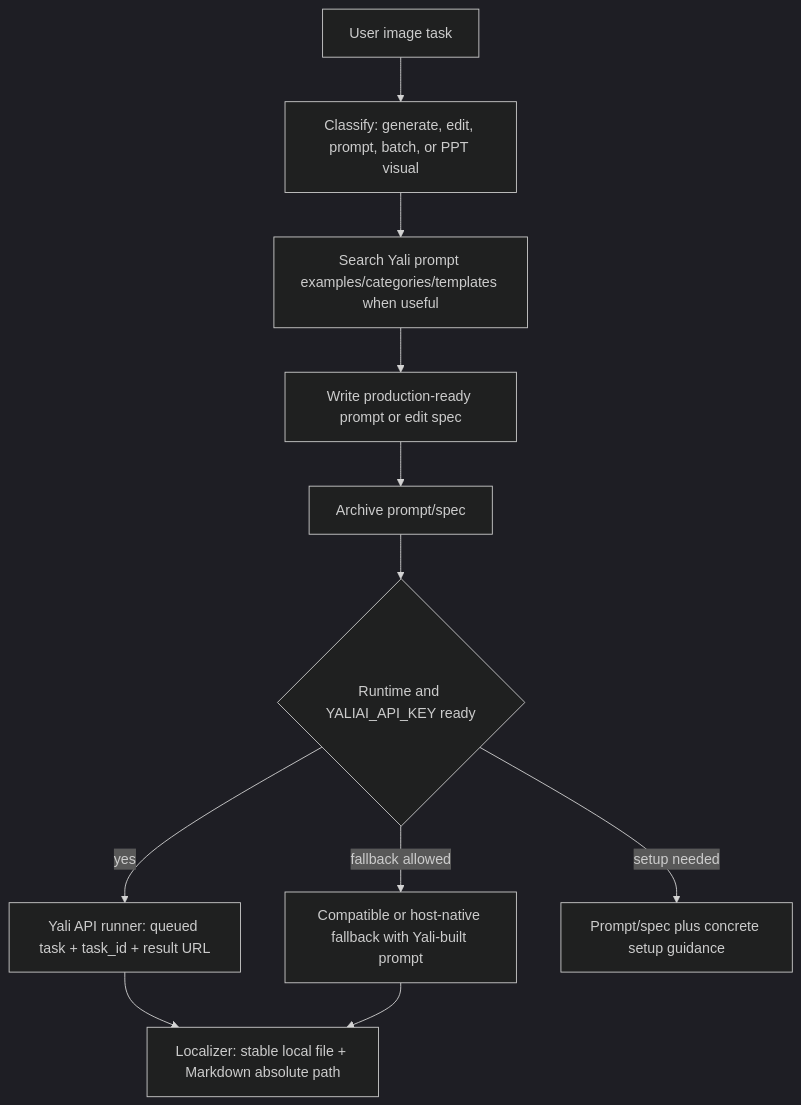
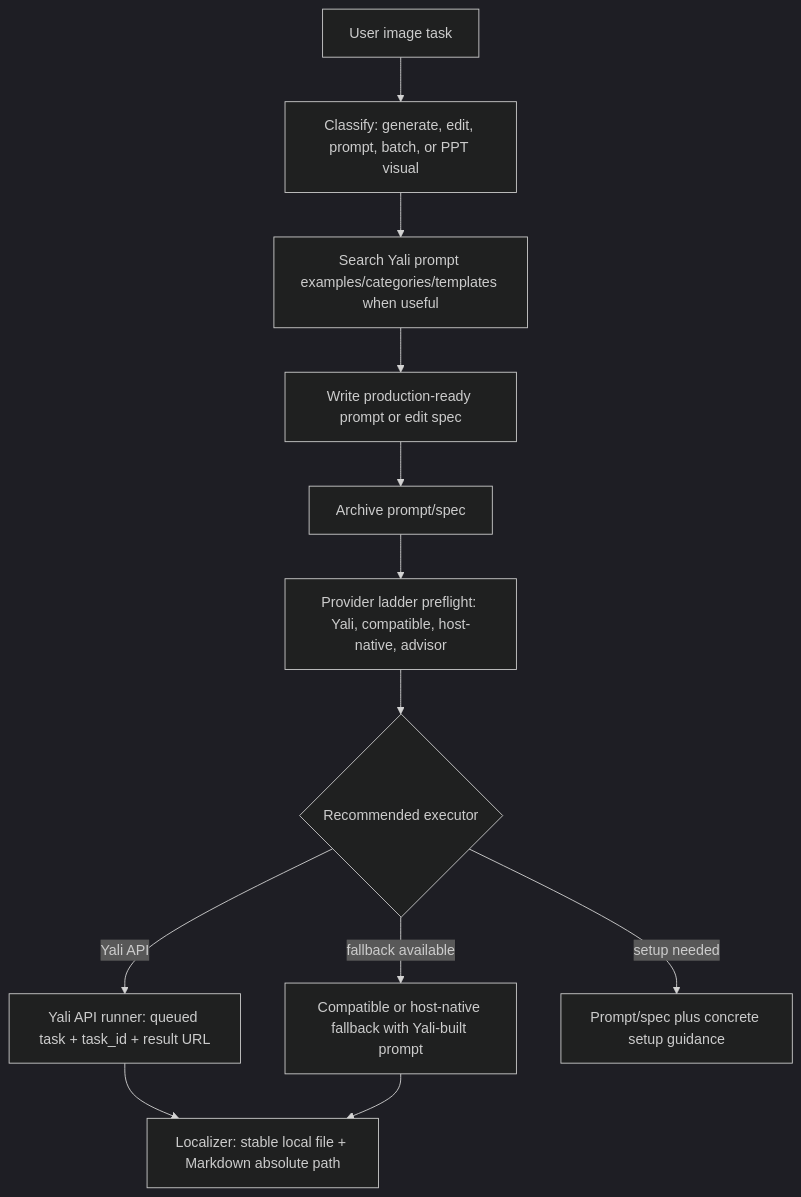
Before and after one commit to pptt121212/yaliai-gpt-image-2-inspiration: the diagram in README.md, drawn with Mermaid (dark theme). The commit also changed other lines of this file and 20 other files, not shown here.

Commit message:
Improve image provider preflight fallback routing

````diff
--- a/README.md
+++ b/README.md
@@ -144,13 +146,14 @@
 ```mermaid
 flowchart TD
   A["User image task"] --> B["Classify: generate, edit, prompt, batch, or PPT visual"]
   B --> C["Search Yali prompt examples/categories/templates when useful"]
   C --> D["Write production-ready prompt or edit spec"]
   D --> E["Archive prompt/spec"]
-  E --> F{"Runtime and YALIAI_API_KEY ready"}
-  F -->|yes| G["Yali API runner: queued task + task_id + result URL"]
+  E --> F["Provider ladder preflight: Yali, compatible, host-native, advisor"]
+  F --> R{"Recommended executor"}
+  R -->|Yali API| G["Yali API runner: queued task + task_id + result URL"]
   G --> H["Localizer: stable local file + Markdown absolute path"]
-  F -->|fallback allowed| I["Compatible or host-native fallback with Yali-built prompt"]
+  R -->|fallback available| I["Compatible or host-native fallback with Yali-built prompt"]
   I --> H
-  F -->|setup needed| J["Prompt/spec plus concrete setup guidance"]
+  R -->|setup needed| J["Prompt/spec plus concrete setup guidance"]
 ```
````
